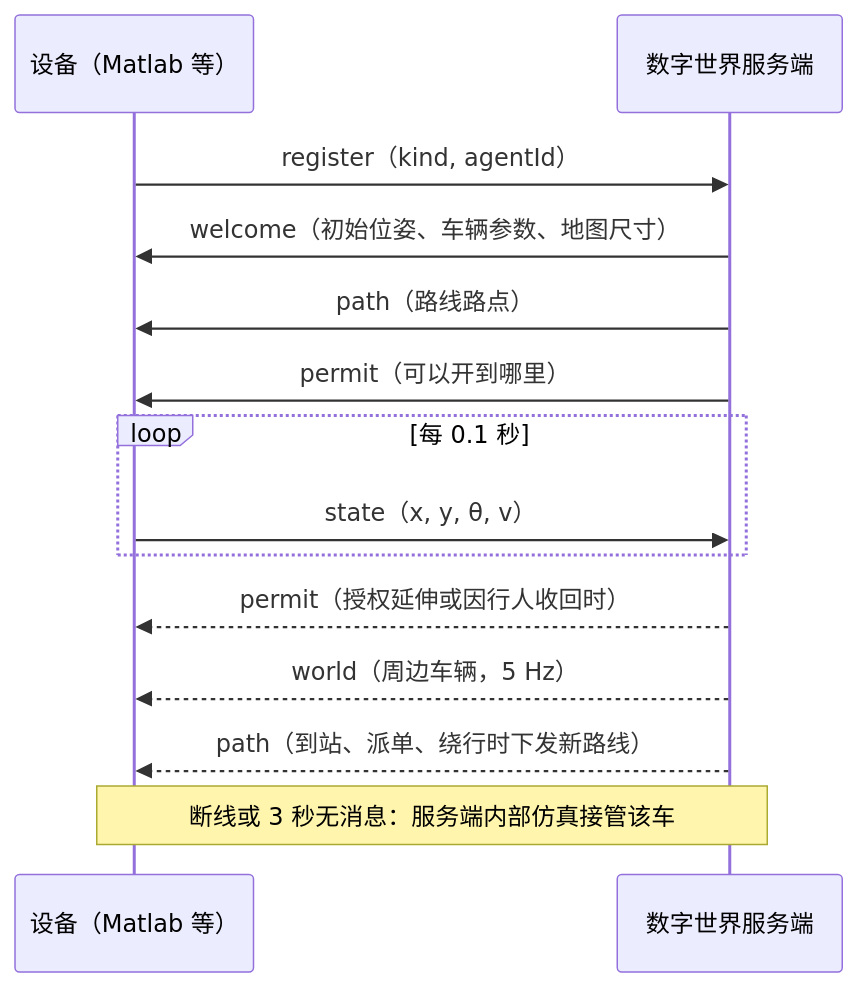
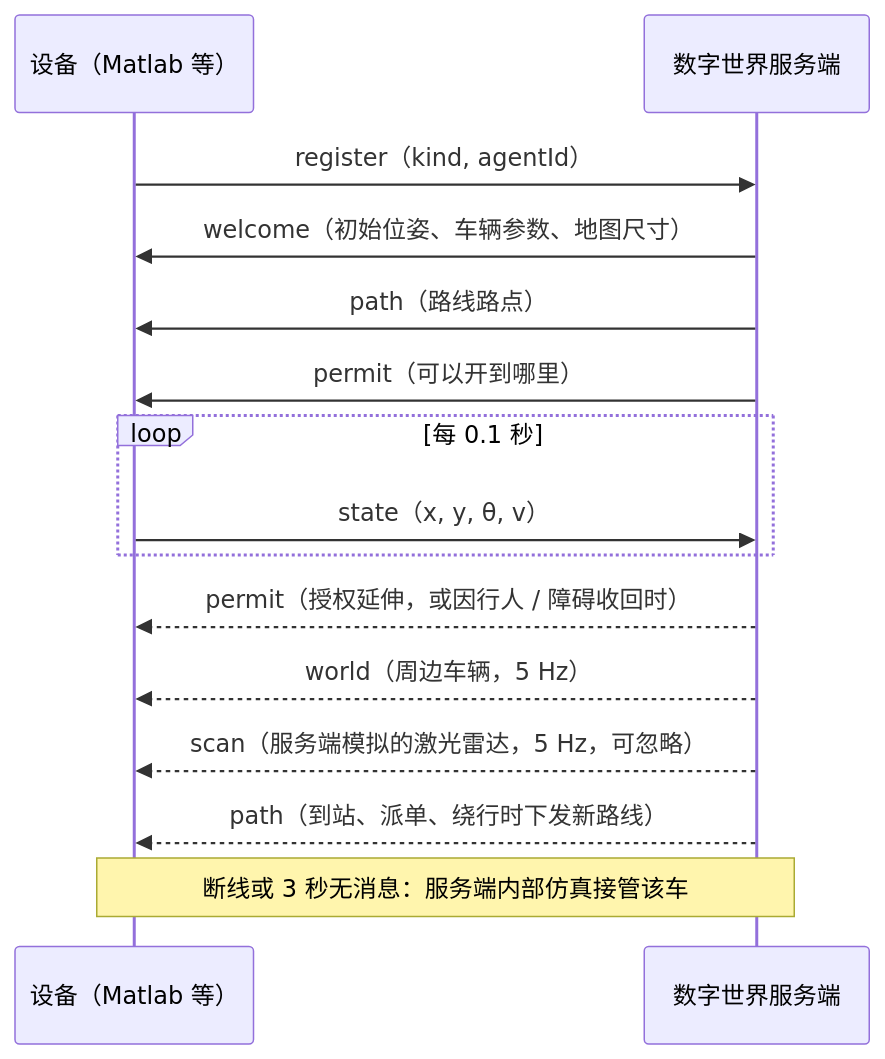
Before and after one commit to fuzeliang1/ZongC: the diagram in docs/protocol.md, drawn with Mermaid. The commit also changed other lines of this file and 22 other files, not shown here.

````diff
--- a/docs/protocol.md
+++ b/docs/protocol.md
@@ -38,16 +38,17 @@
 ```mermaid
 sequenceDiagram
     participant D as 设备（Matlab 等）
     participant S as 数字世界服务端
     D->>S: register（kind, agentId）
     S->>D: welcome（初始位姿、车辆参数、地图尺寸）
     S->>D: path（路线路点）
     S->>D: permit（可以开到哪里）
     loop 每 0.1 秒
         D->>S: state（x, y, θ, v）
     end
-    S-->>D: permit（授权延伸或因行人收回时）
+    S-->>D: permit（授权延伸，或因行人 / 障碍收回时）
     S-->>D: world（周边车辆，5 Hz）
+    S-->>D: scan（服务端模拟的激光雷达，5 Hz，可忽略）
     S-->>D: path（到站、派单、绕行时下发新路线）
     Note over D,S: 断线或 3 秒无消息：服务端内部仿真接管该车
 ```
````
